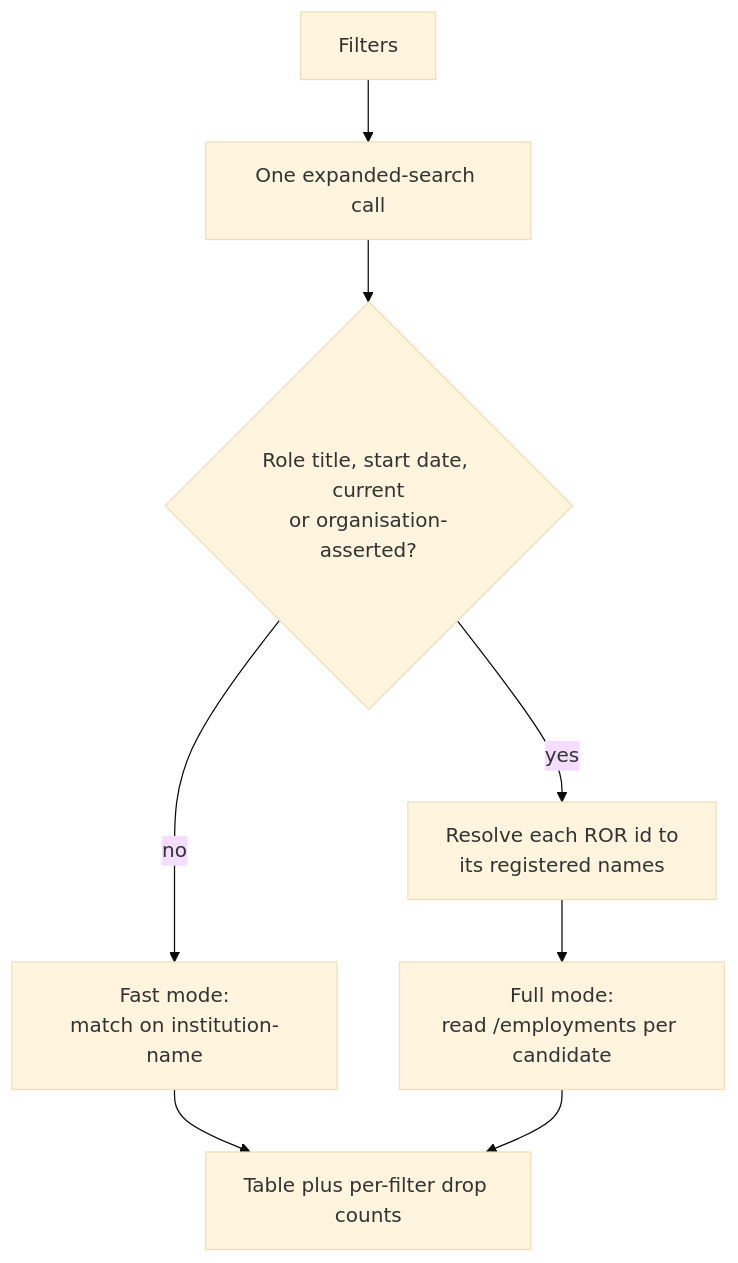
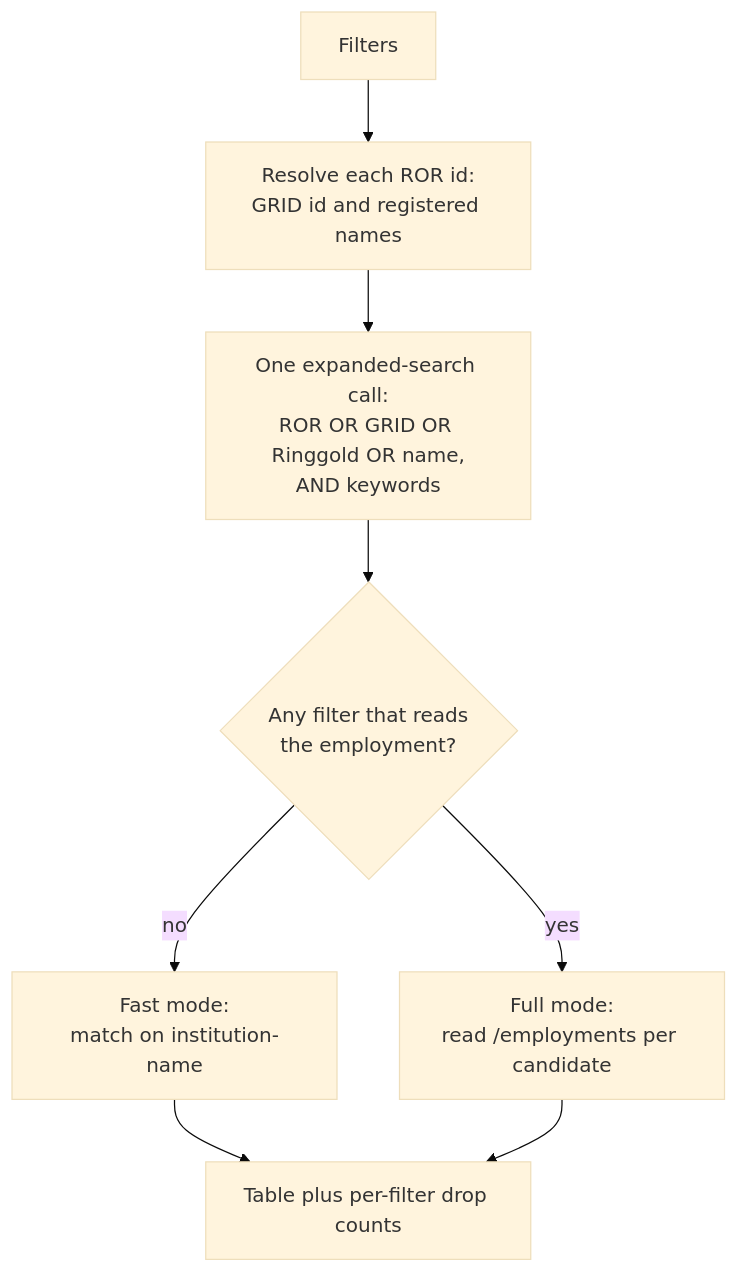
Before and after one commit to rijdho/orcid-finder: the diagram in README.md, drawn with Mermaid (base theme). The commit also changed other lines of this file and 18 other files, not shown here.

````diff
--- a/README.md
+++ b/README.md
@@ -46,13 +60,13 @@
 ```mermaid
 flowchart TD
-  accTitle: How orcid-finder chooses between fast and full mode
-  accDescr: A search always begins with one expanded-search call. If no filter needs employment data the result is returned immediately as fast mode. If a role title, start date, current-appointment or organisation-asserted filter is active, the tool also resolves each ROR id to the names the registry holds for it, then reads the employments document of every candidate and returns full mode. Both paths end in the same table, with the count of what each filter dropped.
+  accTitle: How orcid-finder resolves, queries and filters
+  accDescr: Each ROR id is first resolved against the ROR registry, which yields its GRID id for the query and its registered names for matching. One expanded-search call follows, OR-ing the identifiers and names and AND-ing any keywords. If no filter needs employment data the result is returned immediately as fast mode. If any filter reads the employment, the tool reads the employments document of every candidate and returns full mode. Both paths end in the same table, with the count of what each filter dropped.
 
-  A[Filters] --> B[One expanded-search call]
-  B --> C{Role title, start date, current<br/>or organisation-asserted?}
-  C -- no --> D[Fast mode:<br/>match on institution-name]
-  C -- yes --> E[Resolve each ROR id to<br/>its registered names]
-  E --> F[Full mode:<br/>read /employments per candidate]
-  D --> G[Table plus per-filter drop counts]
+  A[Filters] --> B[Resolve each ROR id:<br/>GRID id and registered names]
+  B --> C[One expanded-search call:<br/>ROR OR GRID OR Ringgold OR name,<br/>AND keywords]
+  C --> D{Any filter that reads<br/>the employment?}
+  D -- no --> E[Fast mode:<br/>match on institution-name]
+  D -- yes --> F[Full mode:<br/>read /employments per candidate]
+  E --> G[Table plus per-filter drop counts]
   F --> G
 ```
````
